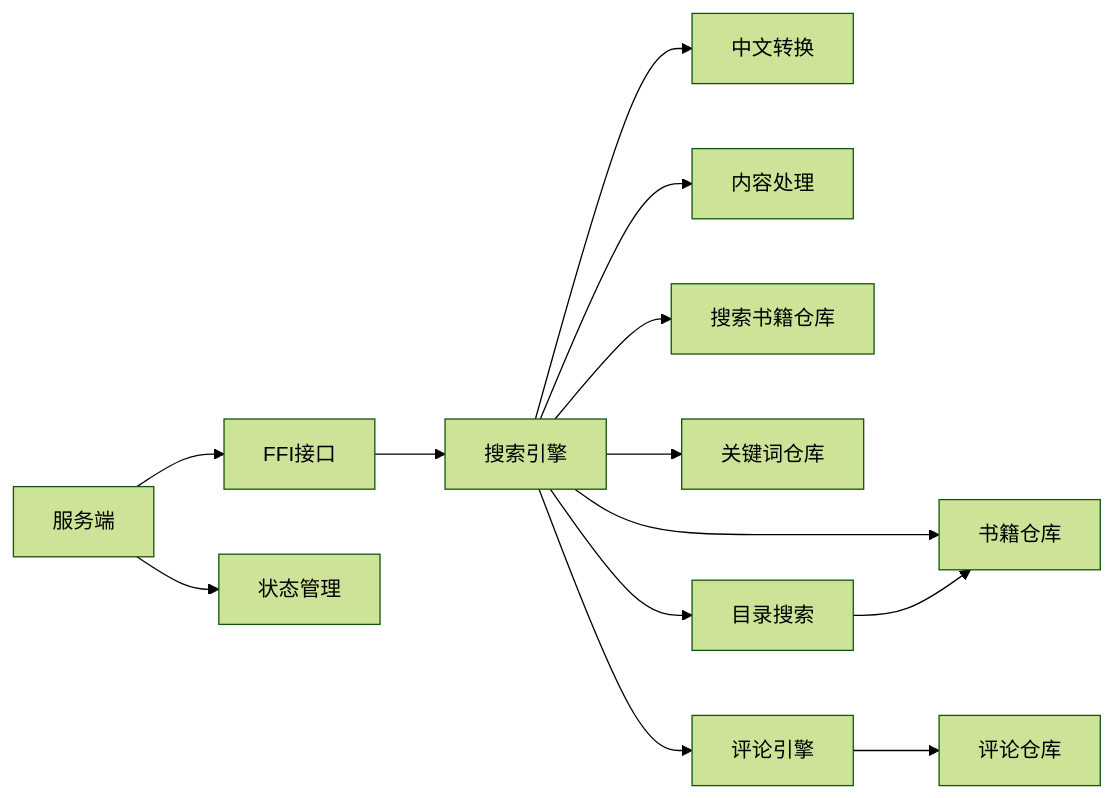
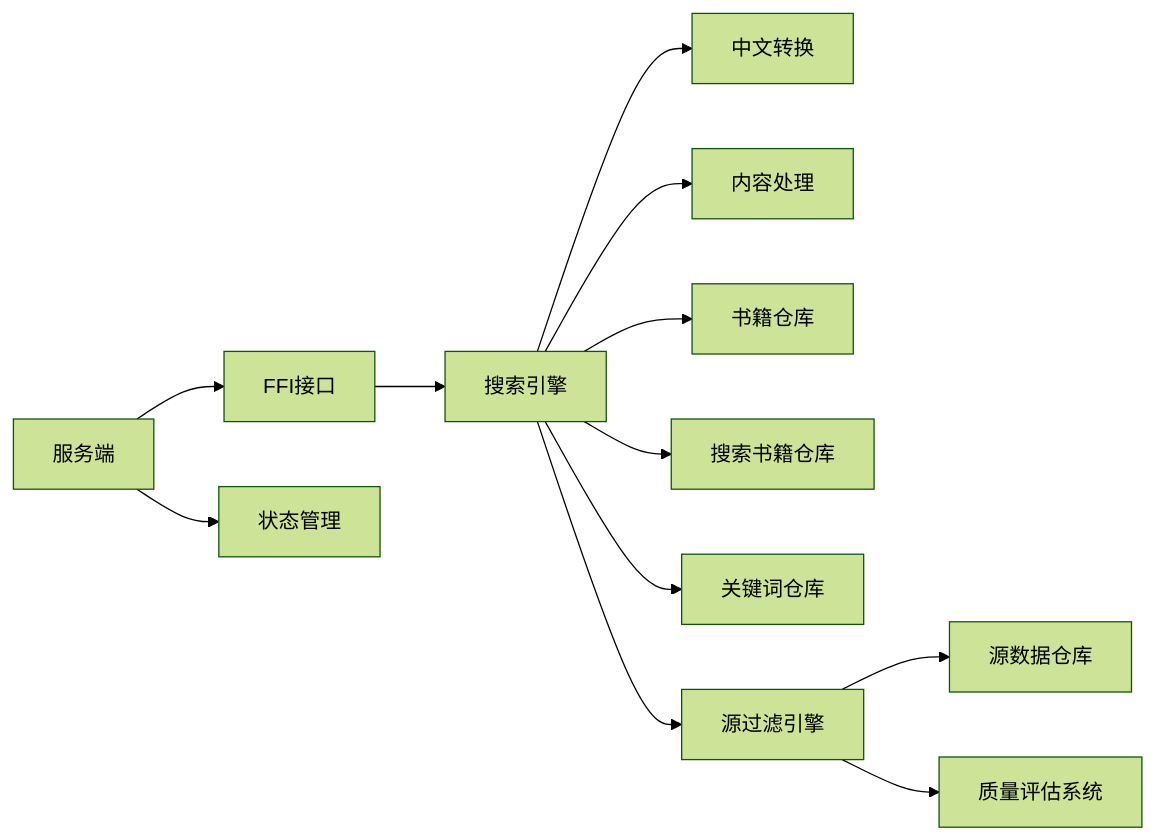
One commit to ZhangGHGitHub/LegadoTeamFlutter changed the fourth of 4 diagrams in .qoder/repowiki/zh/content/搜索功能/搜索功能.md. Above: the diagram before and after it, drawn with Mermaid (forest theme). The commit also changed other lines of this file and 660 other files, not shown here.

````diff
--- a/.qoder/repowiki/zh/content/搜索功能/搜索功能.md
+++ b/.qoder/repowiki/zh/content/搜索功能/搜索功能.md
@@ -378,15 +368,14 @@
 ```mermaid
 graph LR
 SearchEngine["搜索引擎"] --> ChineseConvert["中文转换"]
 SearchEngine --> ContentProc["内容处理"]
 SearchEngine --> RepoBook["书籍仓库"]
 SearchEngine --> RepoSearchBook["搜索书籍仓库"]
 SearchEngine --> RepoKeyword["关键词仓库"]
-SearchEngine --> DirSearch["目录搜索"]
-SearchEngine --> CommentEngine["评论引擎"]
+SearchEngine --> SourceFilter["源过滤引擎"]
+SourceFilter --> RepoSource["源数据仓库"]
+SourceFilter --> QualityEval["质量评估系统"]
 FFI["FFI接口"] --> SearchEngine
 Server["服务端"] --> FFI
 Server --> State["状态管理"]
-CommentEngine --> RepoComment["评论仓库"]
-DirSearch --> RepoBook
 ```
````
